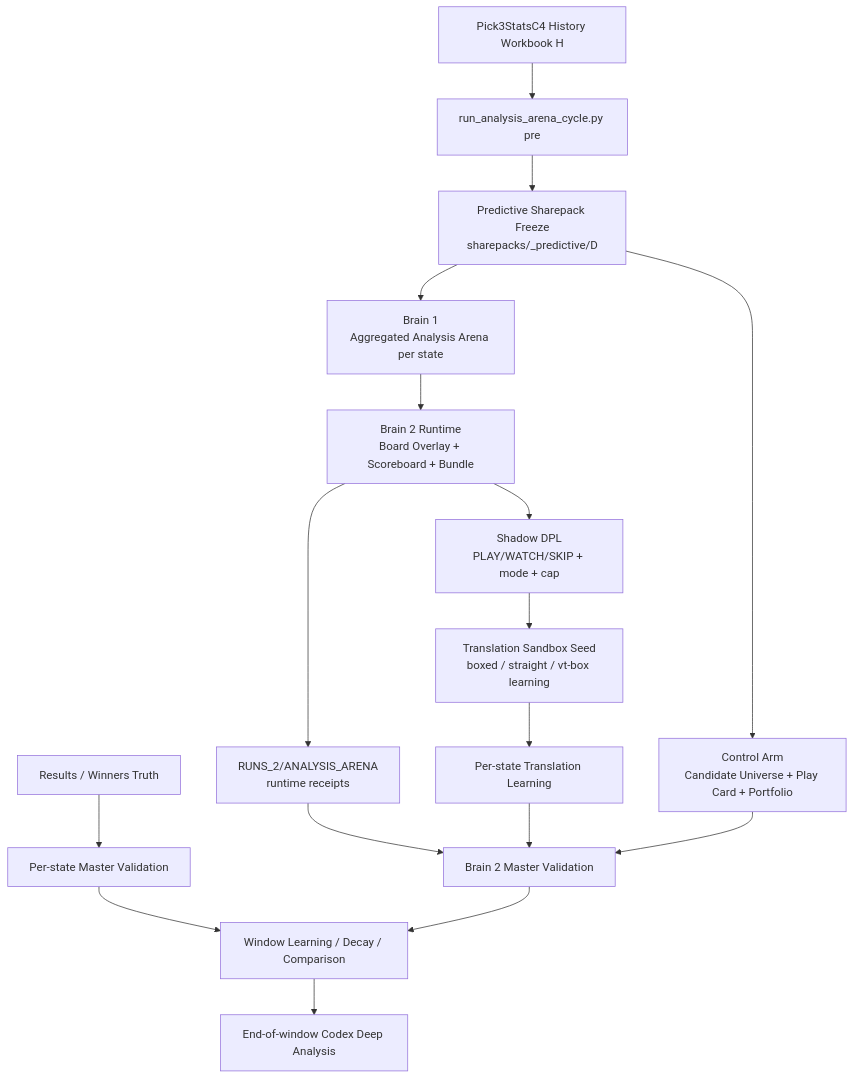
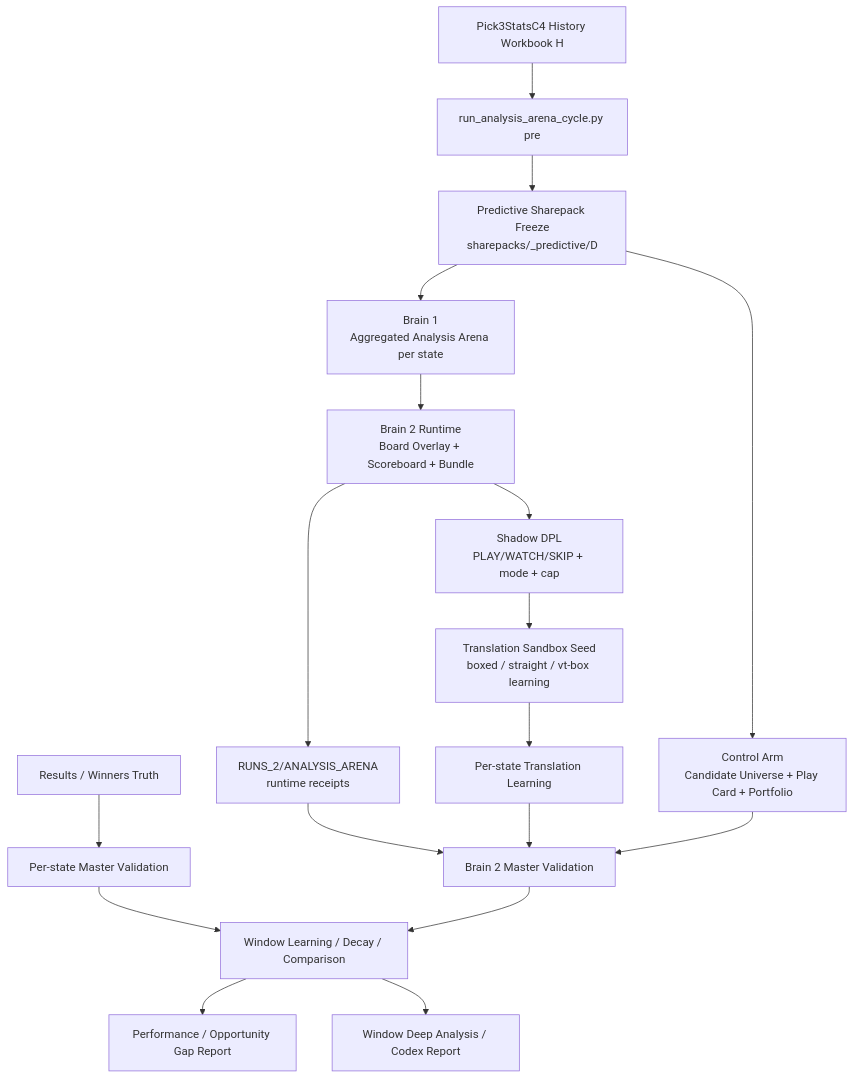
Before and after one commit to shonawensley/Alpha-Analytical-Tool-Clone: the diagram in docs/AAT9_KIT/FINAL VALIDATION/final docs/AAT9_ANALYSIS_ARENA_OPERATING_FLOW__FRESH_RUNS.md, drawn with Mermaid. The commit also changed other lines of this file and 8 other files, not shown here.

Commit message:
Arena: add window-end performance and deep analysis reports

````diff
--- a/docs/AAT9_KIT/FINAL VALIDATION/final docs/AAT9_ANALYSIS_ARENA_OPERATING_FLOW__FRESH_RUNS.md
+++ b/docs/AAT9_KIT/FINAL VALIDATION/final docs/AAT9_ANALYSIS_ARENA_OPERATING_FLOW__FRESH_RUNS.md
@@ -38,19 +38,20 @@
 ```mermaid
 flowchart TD
     A[Pick3StatsC4 History Workbook H] --> B[run_analysis_arena_cycle.py pre]
     B --> C[Predictive Sharepack Freeze<br/>sharepacks/_predictive/D]
     C --> D[Brain 1<br/>Aggregated Analysis Arena per state]
     D --> E[Brain 2 Runtime<br/>Board Overlay + Scoreboard + Bundle]
     E --> F[Shadow DPL<br/>PLAY/WATCH/SKIP + mode + cap]
     F --> G[Translation Sandbox Seed<br/>boxed / straight / vt-box learning]
     C --> H[Control Arm<br/>Candidate Universe + Play Card + Portfolio]
     E --> I[RUNS_2/ANALYSIS_ARENA<br/>runtime receipts]
     G --> J[Per-state Translation Learning]
     K[Results / Winners Truth] --> L[Per-state Master Validation]
     I --> M[Brain 2 Master Validation]
     J --> M
     H --> M
     L --> N[Window Learning / Decay / Comparison]
     M --> N
-    N --> O[End-of-window Codex Deep Analysis]
+    N --> O[Performance / Opportunity Gap Report]
+    N --> P[Window Deep Analysis / Codex Report]
 ```
````
